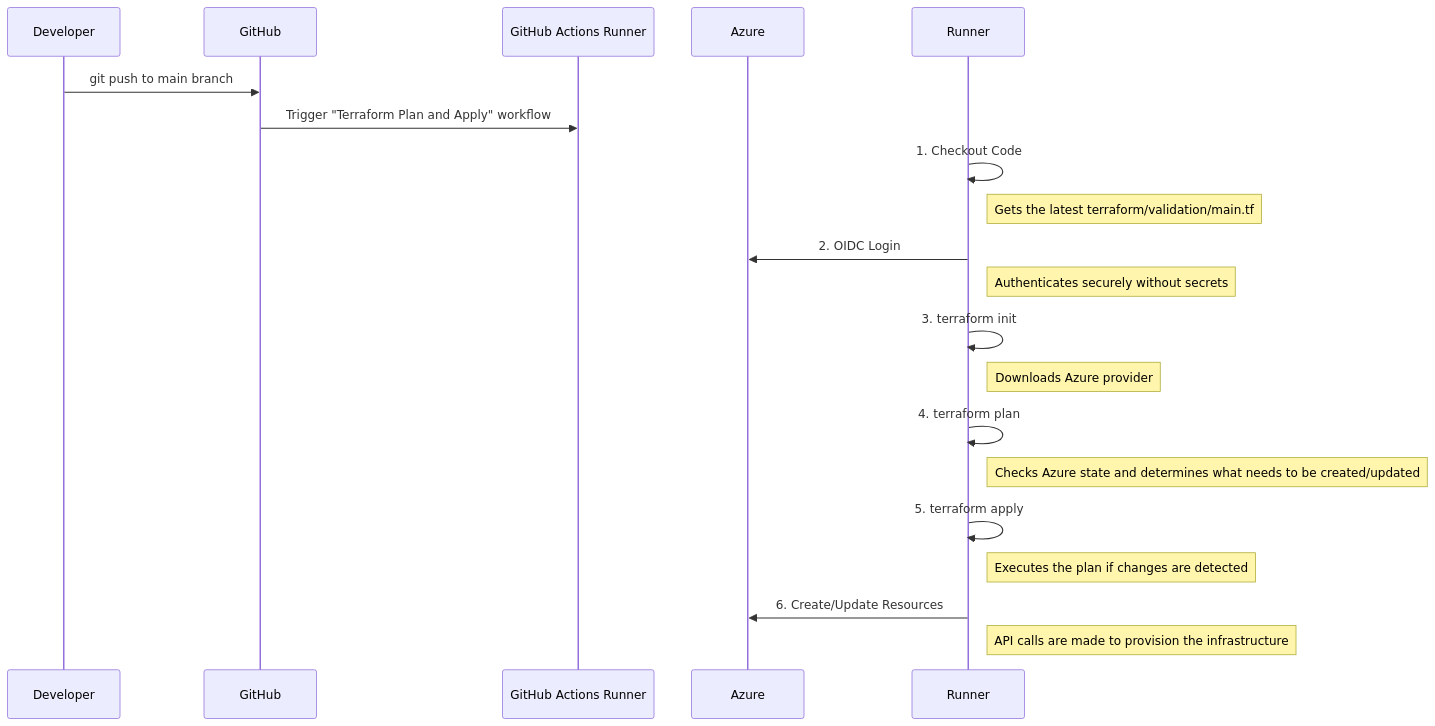
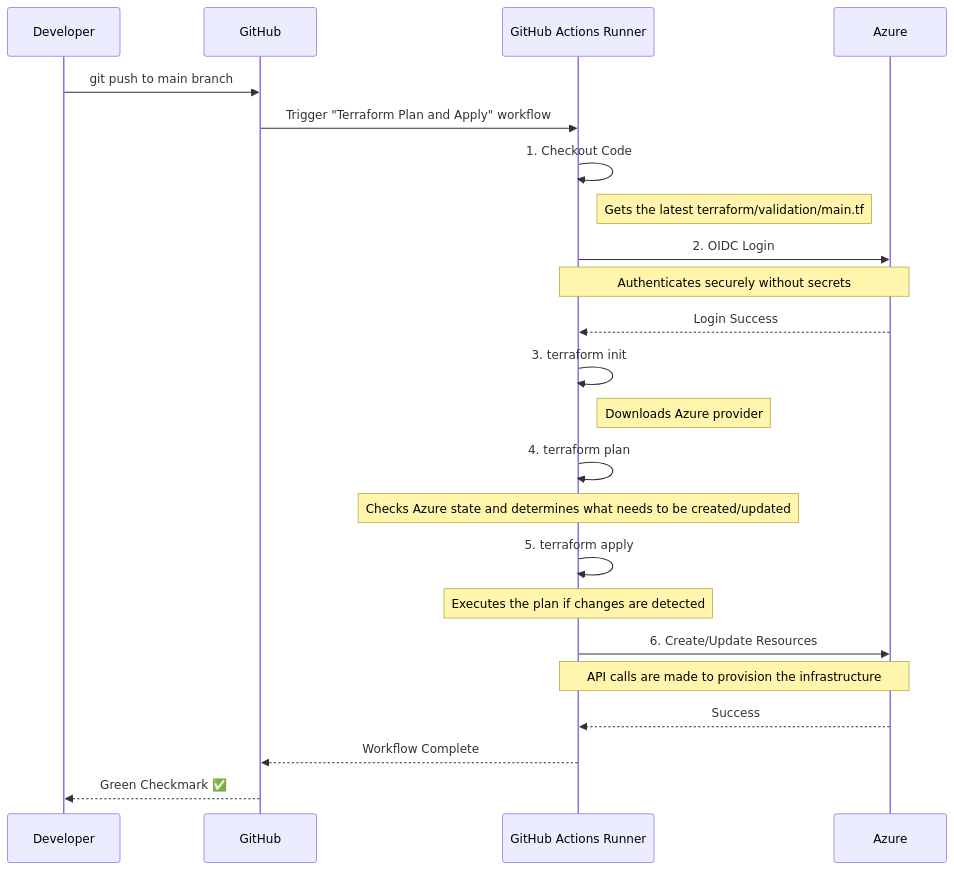
One commit to bcgov/AzureFilesPoC changed the second of 2 diagrams in terraform/validation/README.md. Above: the diagram before and after it, drawn with Mermaid.

Commit message:
updated various readme files in terraform/validation/ folder

````diff
--- a/terraform/validation/README.md
+++ b/terraform/validation/README.md
@@ -49,28 +49,33 @@
 ```mermaid
 sequenceDiagram
     participant Developer
     participant GitHub
-    participant GitHub Actions Runner
+    participant Runner as GitHub Actions Runner
     participant Azure
 
     Developer->>GitHub: git push to main branch
-    GitHub->>GitHub Actions Runner: Trigger "Terraform Plan and Apply" workflow
+    GitHub->>Runner: Trigger "Terraform Plan and Apply" workflow
 
     Runner->>Runner: 1. Checkout Code
     Note right of Runner: Gets the latest terraform/validation/main.tf
 
     Runner->>Azure: 2. OIDC Login
-    Note right of Runner: Authenticates securely without secrets
+    note over Runner,Azure: Authenticates securely without secrets
+    Azure-->>Runner: Login Success
 
     Runner->>Runner: 3. terraform init
     Note right of Runner: Downloads Azure provider
 
     Runner->>Runner: 4. terraform plan
-    Note right of Runner: Checks Azure state and determines what needs to be created/updated
+    note over Runner: Checks Azure state and determines what needs to be created/updated
 
     Runner->>Runner: 5. terraform apply
-    Note right of Runner: Executes the plan if changes are detected
+    note over Runner: Executes the plan if changes are detected
 
     Runner->>Azure: 6. Create/Update Resources
-    Note right of Runner: API calls are made to provision the infrastructure
+    note over Runner,Azure: API calls are made to provision the infrastructure
+
+    Azure-->>Runner: Success
+    Runner-->>GitHub: Workflow Complete
+    GitHub-->>Developer: Green Checkmark ✅
 ```
````
